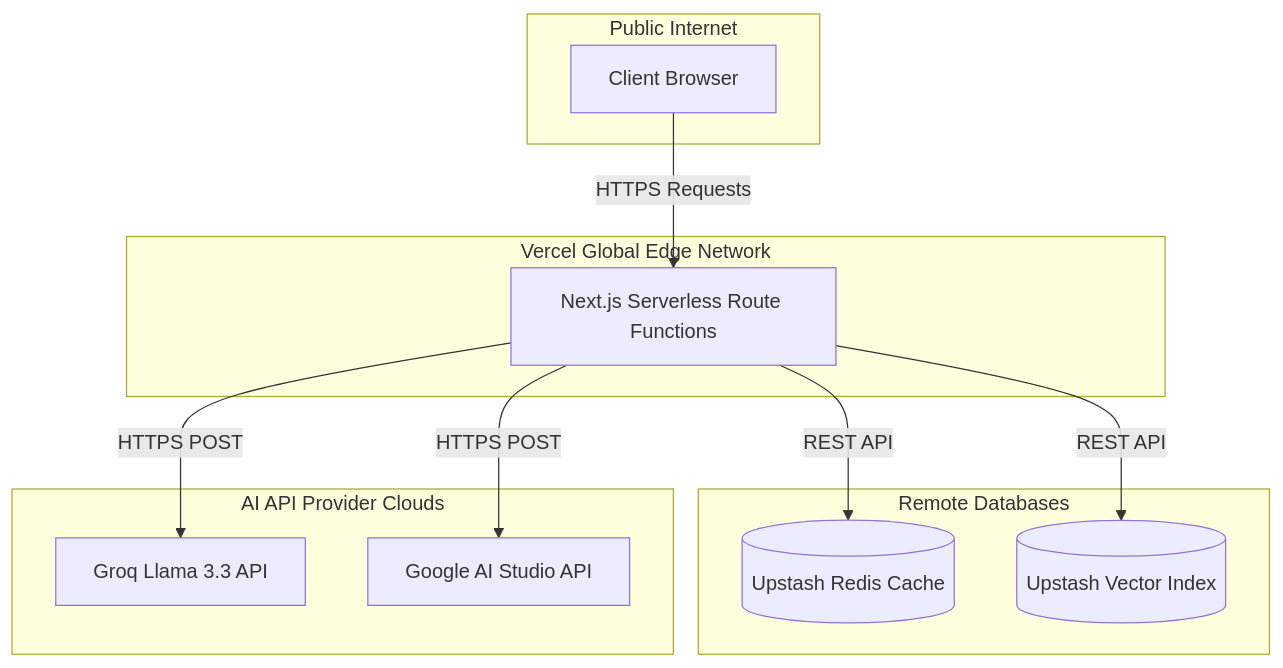
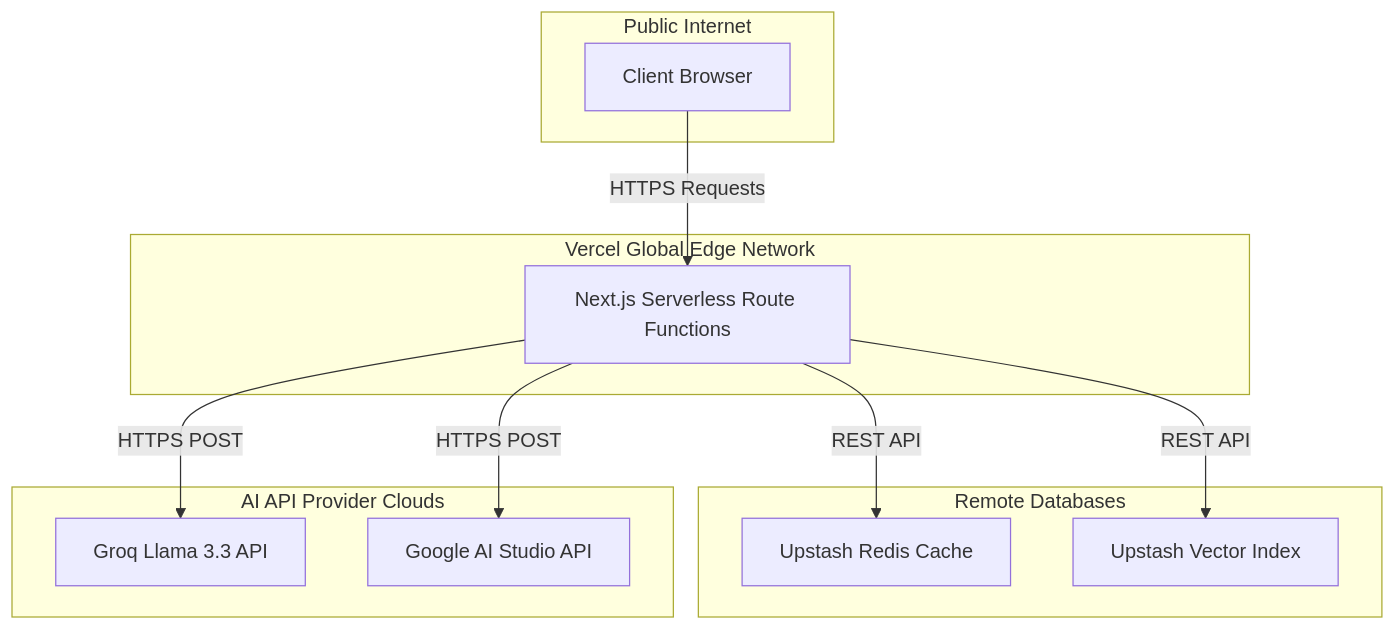
One commit to Raviksharma2005/RAG-SYSTEM-INTERVIEW-PREP-ASSISTANT changed the seventh of 7 diagrams in PROJECT_MASTER_DOCUMENTATION.md. Above: the diagram before and after it, drawn with Mermaid. The commit also changed other lines of this file, not shown here.

Commit message:
docs: Fix Mermaid syntax errors in documentation

````diff
--- a/PROJECT_MASTER_DOCUMENTATION.md
+++ b/PROJECT_MASTER_DOCUMENTATION.md
@@ -402,23 +402,23 @@
 ```mermaid
 graph TD
     subgraph Public Internet
         ClientBrowser["Client Browser"]
     end
     subgraph Vercel Global Edge Network
         NextJS["Next.js Serverless Route Functions"]
     end
     subgraph Remote Databases
-        RedisCache[("Upstash Redis Cache")]
-        VectorDB[("Upstash Vector Index")]
+        RedisCache["Upstash Redis Cache"]
+        VectorDB["Upstash Vector Index"]
     end
     subgraph AI API Provider Clouds
         GroqLLM["Groq Llama 3.3 API"]
         GeminiAI["Google AI Studio API"]
     end
 
     ClientBrowser -- HTTPS Requests --> NextJS
     NextJS -- REST API --> RedisCache
     NextJS -- REST API --> VectorDB
     NextJS -- HTTPS POST --> GroqLLM
     NextJS -- HTTPS POST --> GeminiAI
 ```
````
